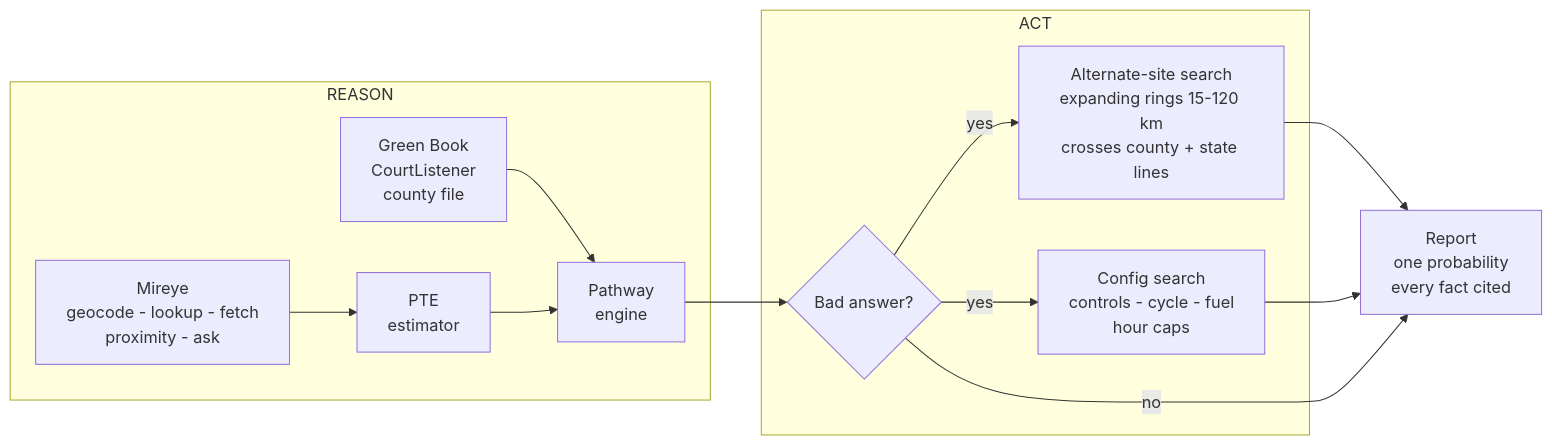
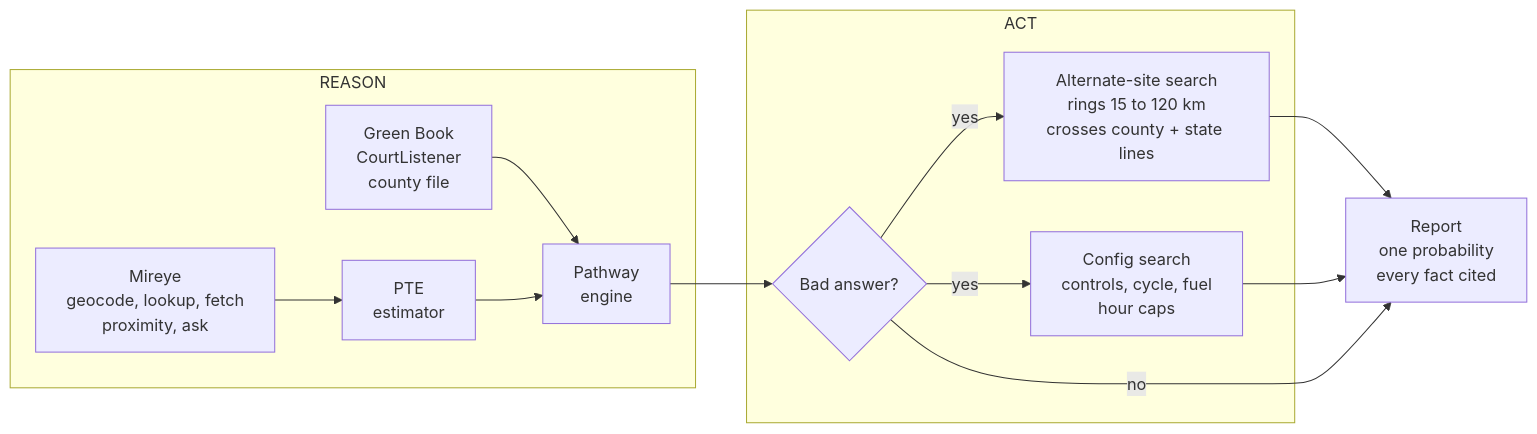
One commit to akshatsingh-dev/groundtruth changed the second of 2 diagrams in README.md. Above: the diagram before and after it, drawn with Mermaid. The commit also changed other lines of this file and 3 other files, not shown here.

````diff
--- a/README.md
+++ b/README.md
@@ -95,16 +98,16 @@
 ```mermaid
 flowchart LR
     subgraph REASON
-    A["Mireye<br/>geocode - lookup - fetch<br/>proximity - ask"] --> B["PTE<br/>estimator"]
+    A["Mireye<br/>geocode, lookup, fetch<br/>proximity, ask"] --> B["PTE<br/>estimator"]
     C["Green Book<br/>CourtListener<br/>county file"] --> D["Pathway<br/>engine"]
     B --> D
     end
     D --> E{"Bad answer?"}
     subgraph ACT
-    E -->|yes| F["Alternate-site search<br/>expanding rings 15-120 km<br/>crosses county + state lines"]
-    E -->|yes| G["Config search<br/>controls - cycle - fuel<br/>hour caps"]
+    E -->|yes| F["Alternate-site search<br/>rings 15 to 120 km<br/>crosses county + state lines"]
+    E -->|yes| G["Config search<br/>controls, cycle, fuel<br/>hour caps"]
     end
     F --> H["Report<br/>one probability<br/>every fact cited"]
     G --> H
     E -->|no| H
 ```
````
